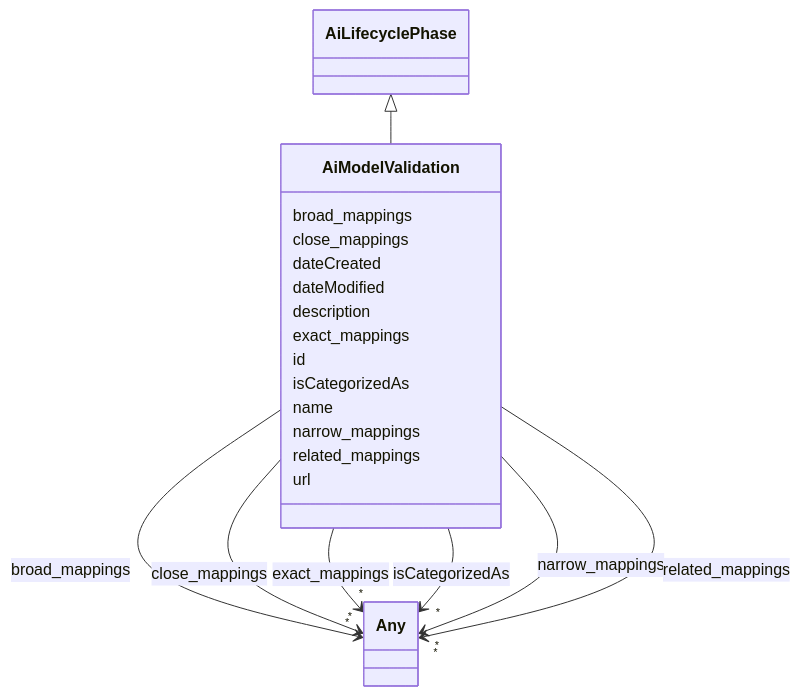
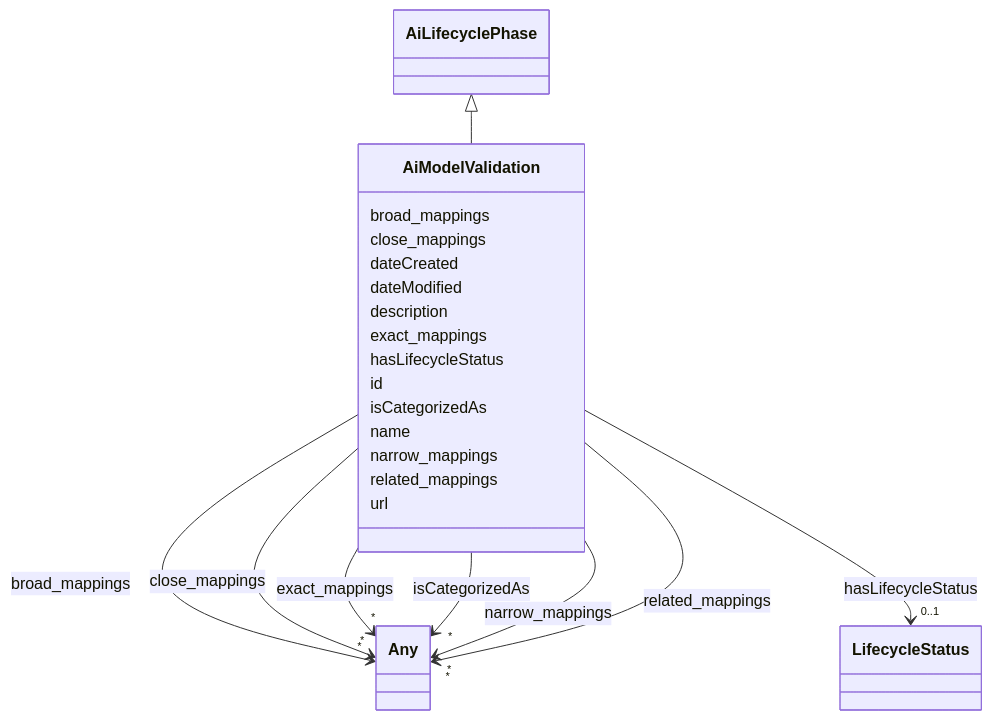
One commit to ingelise/risk-atlas-nexus changed the diagram in docs/ontology/AiModelValidation.md. Above: the diagram before and after it, drawn with Mermaid. The commit also changed other lines of this file and 206 other files, not shown here.

```diff
--- a/docs/ontology/AiModelValidation.md
+++ b/docs/ontology/AiModelValidation.md
@@ -57,6 +57,17 @@
 
 
 
+      AiModelValidation : hasLifecycleStatus
+
+
+
+
+
+        AiModelValidation --> "0..1" LifecycleStatus : hasLifecycleStatus
+        click LifecycleStatus href "../LifecycleStatus/"
+
+
+
       AiModelValidation : id
 
       AiModelValidation : isCategorizedAs
```
